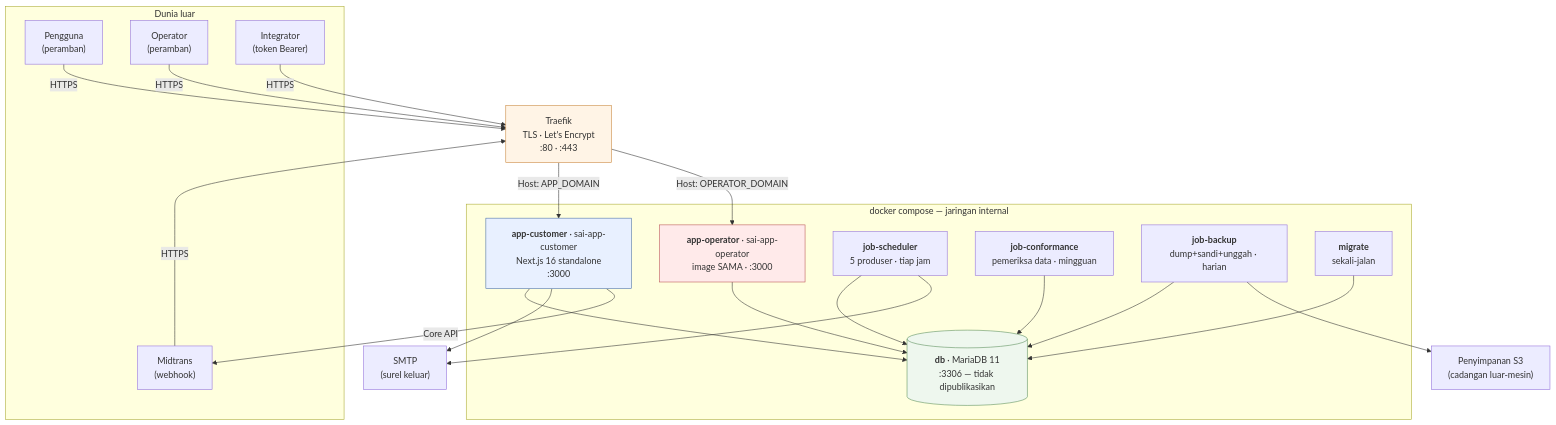
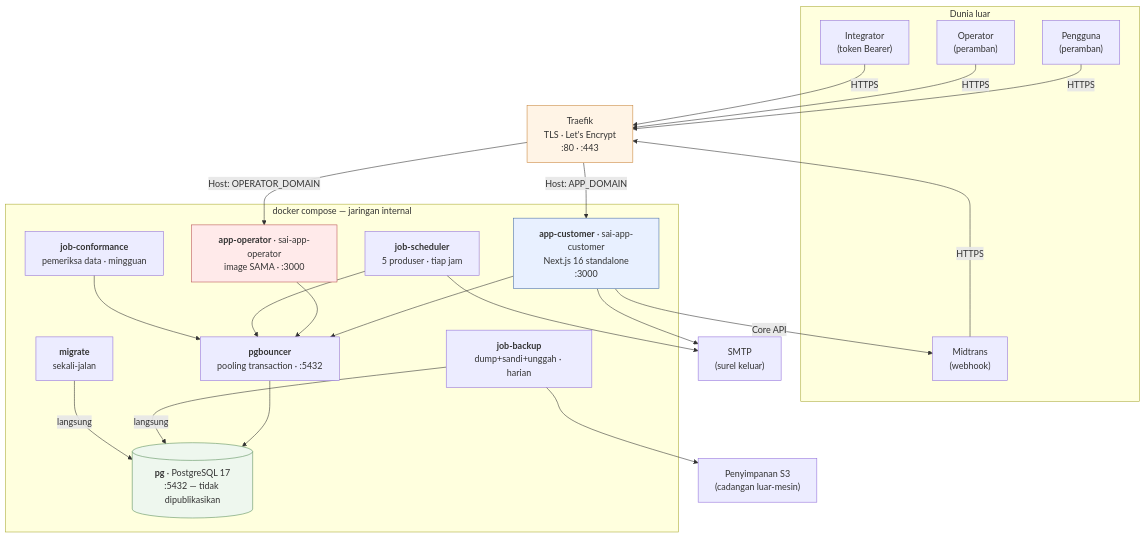
Before and after one commit to tri-evendi/sai-accounting: the second of 2 diagrams in docs/arsitektur/01-RINGKASAN-PLATFORM.md, drawn with Mermaid. The commit also changed other lines of this file and 10 other files, not shown here.

First line of the commit message:
docs(arsitektur): lapisan basis data ditulis ulang untuk PostgreSQL

````diff
--- a/docs/arsitektur/01-RINGKASAN-PLATFORM.md
+++ b/docs/arsitektur/01-RINGKASAN-PLATFORM.md
@@ -78,48 +79,50 @@
 ```mermaid
 graph TB
     subgraph luar["Dunia luar"]
         U["Pengguna<br/>(peramban)"]
         OPS["Operator<br/>(peramban)"]
         INT["Integrator<br/>(token Bearer)"]
         MT["Midtrans<br/>(webhook)"]
     end
 
     TR["Traefik<br/>TLS · Let's Encrypt<br/>:80 · :443"]
 
     subgraph compose["docker compose — jaringan internal"]
         WEBC["<b>app-customer</b> · sai-app-customer<br/>Next.js 16 standalone<br/>:3000"]
         WEBO["<b>app-operator</b> · sai-app-operator<br/>image SAMA · :3000"]
         SCH["<b>job-scheduler</b><br/>5 produser · tiap jam"]
         CON["<b>job-conformance</b><br/>pemeriksa data · mingguan"]
         BAK["<b>job-backup</b><br/>dump+sandi+unggah · harian"]
         MIG["<b>migrate</b><br/>sekali-jalan"]
-        DB[("<b>db</b> · MariaDB 11<br/>:3306 — tidak dipublikasikan")]
+        PGB["<b>pgbouncer</b><br/>pooling transaction · :5432"]
+        DB[("<b>pg</b> · PostgreSQL 17<br/>:5432 — tidak dipublikasikan")]
     end
 
     S3["Penyimpanan S3<br/>(cadangan luar-mesin)"]
     SMTP["SMTP<br/>(surel keluar)"]
 
     U -->|HTTPS| TR
     OPS -->|HTTPS| TR
     INT -->|HTTPS| TR
     MT -->|HTTPS| TR
     TR -->|"Host: APP_DOMAIN"| WEBC
     TR -->|"Host: OPERATOR_DOMAIN"| WEBO
 
-    WEBC --> DB
-    WEBO --> DB
-    SCH --> DB
-    CON --> DB
-    BAK --> DB
-    MIG --> DB
+    WEBC --> PGB
+    WEBO --> PGB
+    SCH --> PGB
+    CON --> PGB
+    PGB --> DB
+    BAK -->|langsung| DB
+    MIG -->|langsung| DB
 
     BAK --> S3
     WEBC --> SMTP
     SCH --> SMTP
     WEBC -->|Core API| MT
 
     style TR fill:#fff4e6,stroke:#c9873d
     style WEBC fill:#e8f0ff,stroke:#4a6fa5
     style WEBO fill:#ffeaea,stroke:#b55
     style DB fill:#eef7ee,stroke:#5a8f5a
 ```
````
